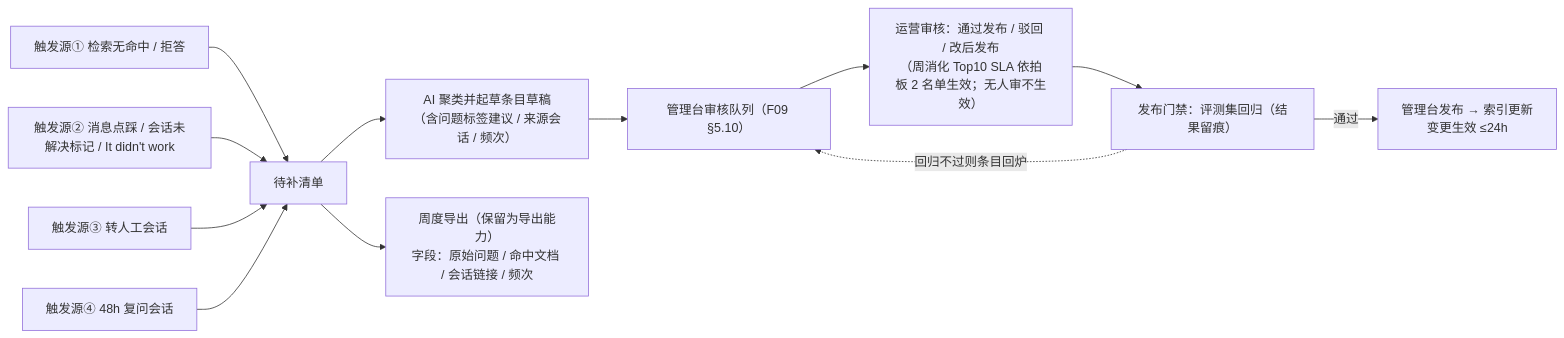
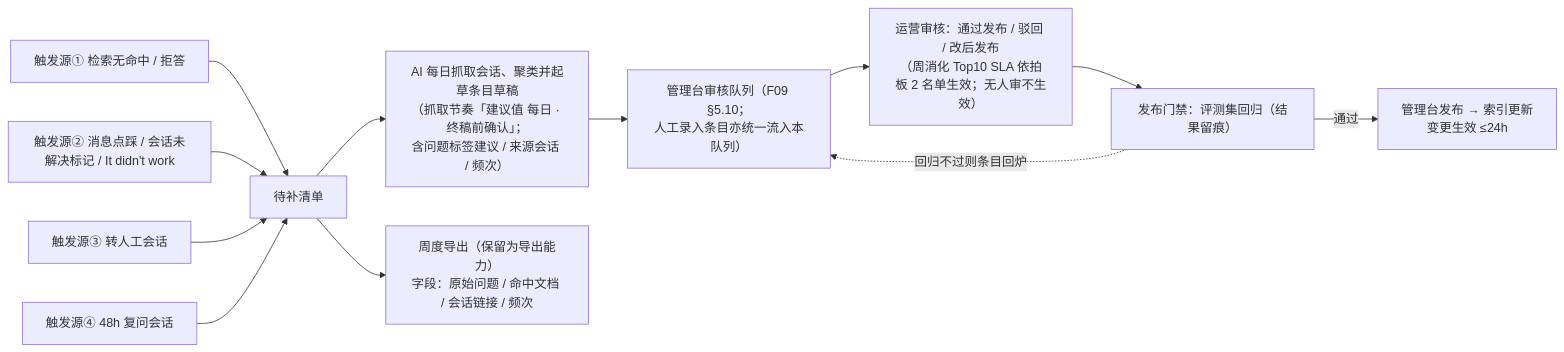
One commit to ChangMing-Luo/COOLFLY-AISupportAgent changed the third of 7 diagrams in COOLFLY智能客服/output/PRD详细版.md. Above: the diagram before and after it, drawn with Mermaid. The commit also changed other lines of this file and 1 other file, not shown here.

````diff
--- a/COOLFLY智能客服/output/PRD详细版.md
+++ b/COOLFLY智能客服/output/PRD详细版.md
@@ -399,14 +400,14 @@
 ```mermaid
 flowchart LR
     T1["触发源① 检索无命中 / 拒答"] --> Q["待补清单"]
     T2["触发源② 消息点踩 / 会话未解决标记 / It didn't work"] --> Q
     T3["触发源③ 转人工会话"] --> Q
     T4["触发源④ 48h 复问会话"] --> Q
-    Q --> DR["AI 聚类并起草条目草稿<br/>（含问题标签建议 / 来源会话 / 频次）"]
-    DR --> RQ["管理台审核队列（F09 §5.10）"]
+    Q --> DR["AI 每日抓取会话、聚类并起草条目草稿<br/>（抓取节奏「建议值 每日 · 终稿前确认」；<br/>含问题标签建议 / 来源会话 / 频次）"]
+    DR --> RQ["管理台审核队列（F09 §5.10；<br/>人工录入条目亦统一流入本队列）"]
     RQ --> OP["运营审核：通过发布 / 驳回 / 改后发布<br/>（周消化 Top10 SLA 依拍板 2 名单生效；无人审不生效）"]
     OP --> REG["发布门禁：评测集回归（结果留痕）"]
     REG -->|"通过"| IX["管理台发布 → 索引更新<br/>变更生效 ≤24h"]
     REG -.->|"回归不过则条目回炉"| RQ
     Q --> EX["周度导出（保留为导出能力）<br/>字段：原始问题 / 命中文档 / 会话链接 / 频次"]
 ```
````
